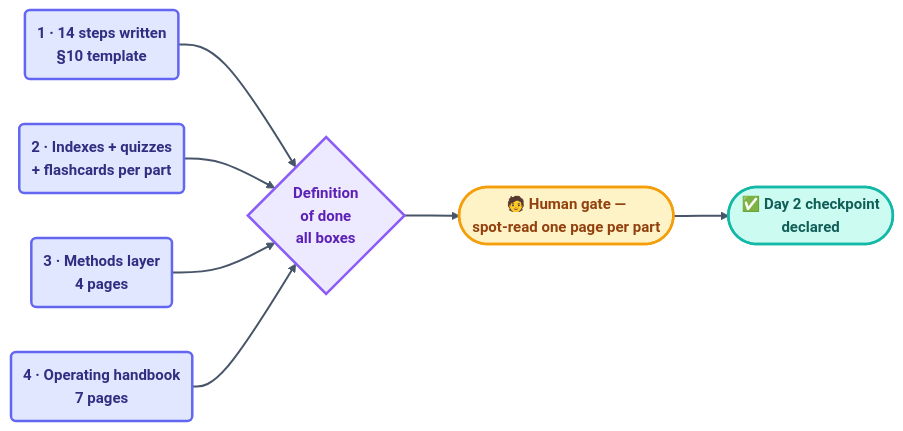
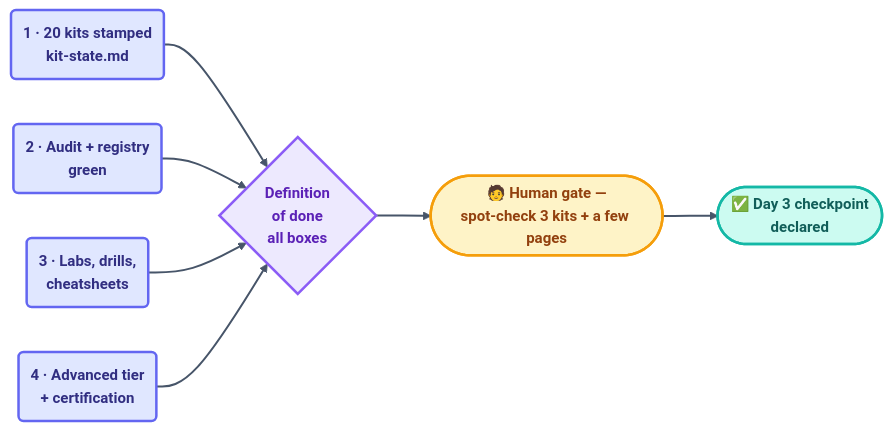
One commit to ayeshakhalid192007-dev/LoopEngineering-CrashCourse changed the diagram in shared/goal.md. Above: the diagram before and after it, drawn with Mermaid. The commit also changed other lines of this file and 30 other files, not shown here.

First line of the commit message:
feat(day3): scaffold the loop-library fleet and stamp the first kit

````diff
--- a/shared/goal.md
+++ b/shared/goal.md
@@ -28,15 +30,15 @@
 ```mermaid
 %%{init: {'theme':'base','themeVariables':{'fontFamily':'ui-sans-serif, system-ui, sans-serif','fontSize':'15px','lineColor':'#475569','edgeLabelBackground':'#f8fafc'},'flowchart':{'curve':'basis','nodeSpacing':45,'rankSpacing':55,'padding':12}}}%%
 flowchart LR
-    O1("1 · 14 steps written<br/>§10 template"):::outcome --> DOD{"Definition<br/>of done<br/>all boxes"}:::dod
-    O2("2 · Indexes + quizzes<br/>+ flashcards per part"):::outcome --> DOD
-    O3("3 · Methods layer<br/>4 pages"):::outcome --> DOD
-    O4("4 · Operating handbook<br/>7 pages"):::outcome --> DOD
-    DOD --> GATE(["🧑 Human gate —<br/>spot-read one page per part"]):::human
-    GATE --> CP(["✅ Day 2 checkpoint<br/>declared"]):::win
+    O1("1 · 20 kits stamped<br/>kit-state.md"):::outcome --> DOD{"Definition<br/>of done<br/>all boxes"}:::dod
+    O2("2 · Audit + registry<br/>green"):::outcome --> DOD
+    O3("3 · Labs, drills,<br/>cheatsheets"):::outcome --> DOD
+    O4("4 · Advanced tier<br/>+ certification"):::outcome --> DOD
+    DOD --> GATE(["🧑 Human gate —<br/>spot-check 3 kits + a few pages"]):::human
+    GATE --> CP(["✅ Day 3 checkpoint<br/>declared"]):::win
     linkStyle default stroke:#475569,stroke-width:2px;
     classDef outcome fill:#e0e7ff,stroke:#6366f1,stroke-width:2.5px,color:#312e81,font-weight:600;
     classDef dod fill:#ede9fe,stroke:#8b5cf6,stroke-width:2.5px,color:#5b21b6,font-weight:600;
     classDef human fill:#fef3c7,stroke:#f59e0b,stroke-width:2.5px,color:#92400e,font-weight:600;
     classDef win fill:#ccfbf1,stroke:#14b8a6,stroke-width:2.5px,color:#115e59,font-weight:600;
 ```
````
